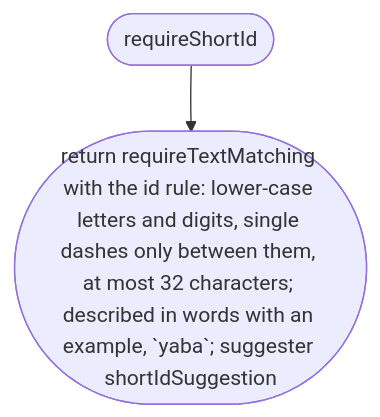
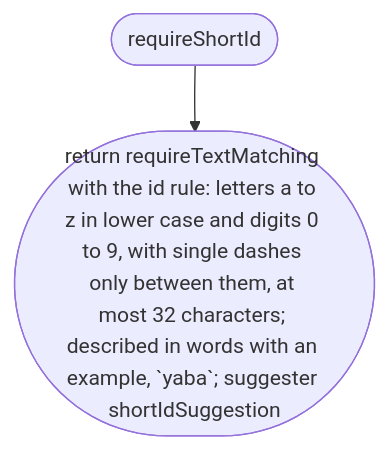
One commit to NewDara-Star/world-engine changed diagram 37 of 38 in docs/designs/src/place/parse.md. Above: the diagram before and after it, drawn with Mermaid. The commit also changed other lines of this file and 10 other files, not shown here.

First line of the commit message:
Scope 002b round 2 designs; touch controls rule; approver escalates only real trade-offs

````diff
--- a/docs/designs/src/place/parse.md
+++ b/docs/designs/src/place/parse.md
@@ -559,6 +581,6 @@
 ```mermaid
 flowchart TD
   s(["requireShortId"])
-  a(["return requireTextMatching with the id rule: lower-case letters and digits, single dashes only between them, at most 32 characters; described in words with an example, `yaba`; suggester shortIdSuggestion"])
+  a(["return requireTextMatching with the id rule: letters a to z in lower case and digits 0 to 9, with single dashes only between them, at most 32 characters; described in words with an example, `yaba`; suggester shortIdSuggestion"])
   s --> a
 ```
````
